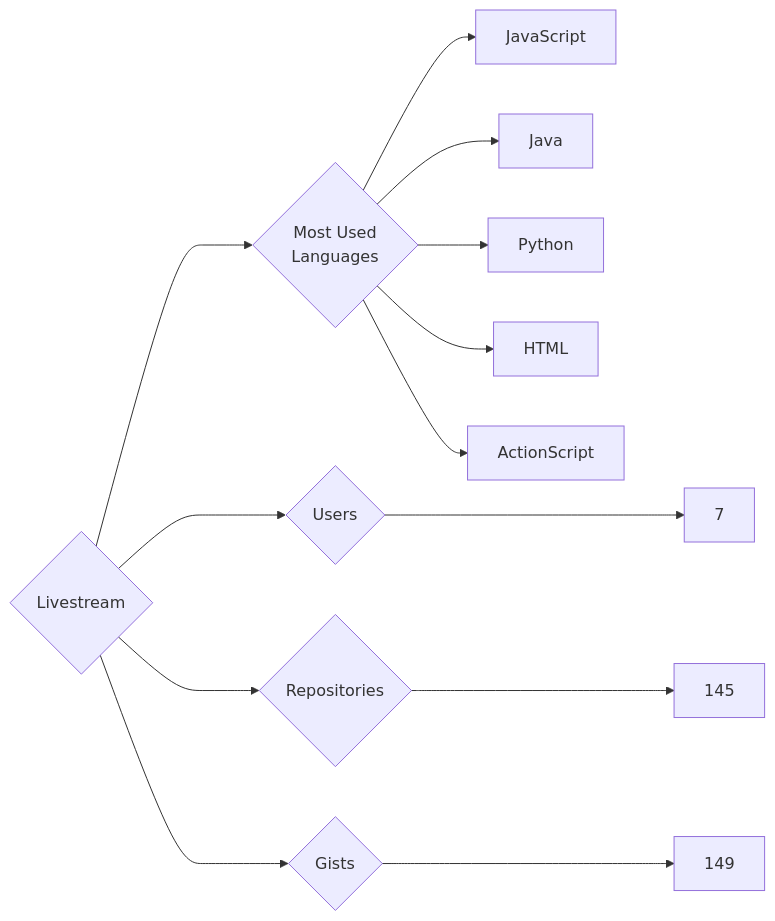
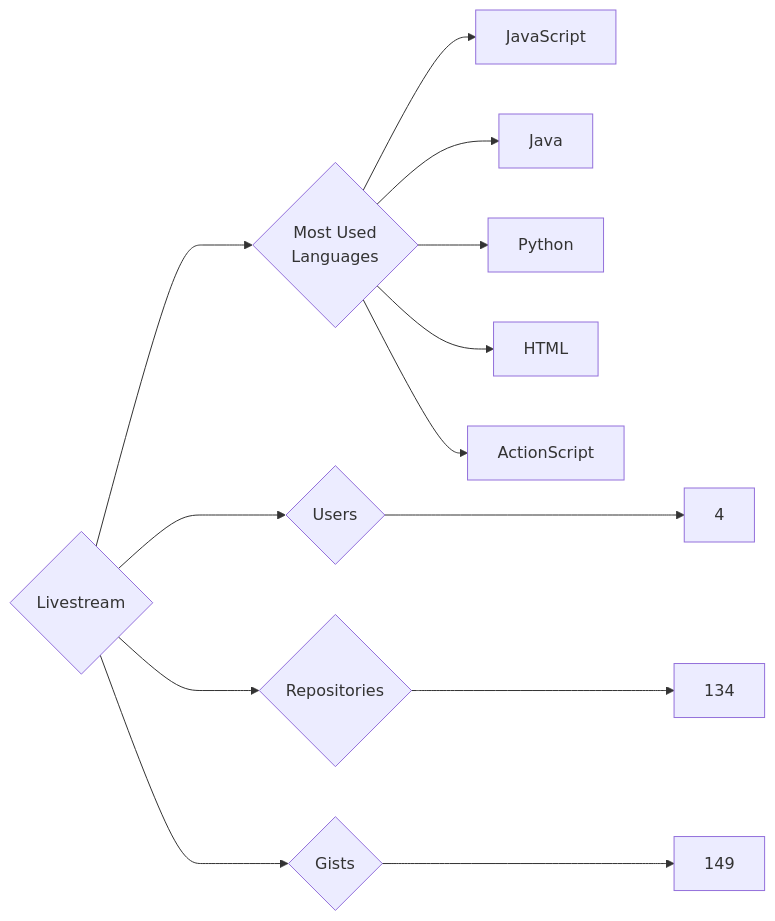
One commit to trickest/insiders changed the diagram in targets/Livestream/README.md. Above: the diagram before and after it, drawn with Mermaid. The commit also changed 826 other files, not shown here.

````diff
--- a/targets/Livestream/README.md
+++ b/targets/Livestream/README.md
@@ -3,13 +3,13 @@
 ```mermaid
 graph LR
 COMPANY_NAME{Livestream}
-COMPANY_NAME ---> U{Users} ---> UN[7]
-COMPANY_NAME ---> R{Repositories} ---> RN[145]
+COMPANY_NAME ---> U{Users} ---> UN[4]
+COMPANY_NAME ---> R{Repositories} ---> RN[134]
 COMPANY_NAME ---> G{Gists} ---> GN[149]
 COMPANY_NAME ---> ML{Most Used<br>Languages}
 ML --> JavaScript[JavaScript]
 ML --> Java[Java]
 ML --> Python[Python]
 ML --> HTML[HTML]
 ML --> ActionScript[ActionScript]
 ```
````
